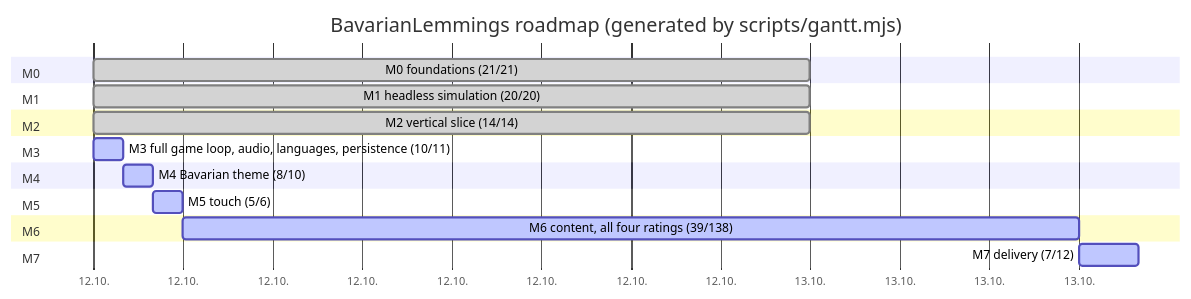
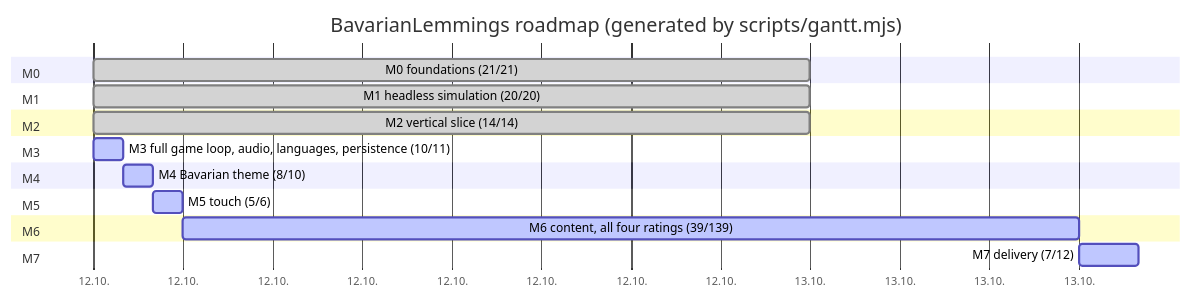
Before and after one commit to marcelpetrick/BavarianLemmings: the diagram in plan.md, drawn with Mermaid. The commit also changed other lines of this file and 5 other files, not shown here.

````diff
--- a/plan.md
+++ b/plan.md
@@ -43,22 +43,22 @@
 ```mermaid
 gantt
     title BavarianLemmings roadmap (generated by scripts/gantt.mjs)
     dateFormat  YYYY-MM-DD
     axisFormat  %d.%m.
     section M0
     M0 foundations (21/21) :done, m0, 2026-10-12, 1d
     section M1
     M1 headless simulation (20/20) :done, m1, 2026-10-12, 1d
     section M2
     M2 vertical slice (14/14) :done, m2, 2026-10-12, 1d
     section M3
     M3 full game loop, audio, languages, persistence (10/11) :active, m3, 2026-10-12, 1h
     section M4
     M4 Bavarian theme (8/10) :active, m4, after m3, 1h
     section M5
     M5 touch (5/6) :active, m5, after m4, 1h
     section M6
-    M6 content, all four ratings (39/138) :active, m6, after m5, 30h
+    M6 content, all four ratings (39/139) :active, m6, after m5, 30h
     section M7
     M7 delivery (7/12) :active, m7, after m6, 2h
 ```
````
